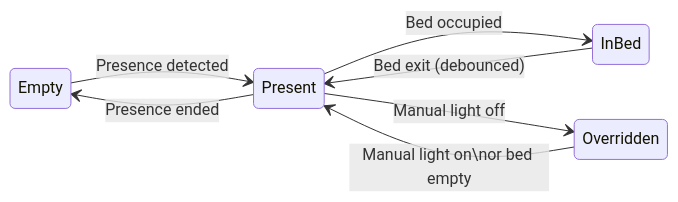
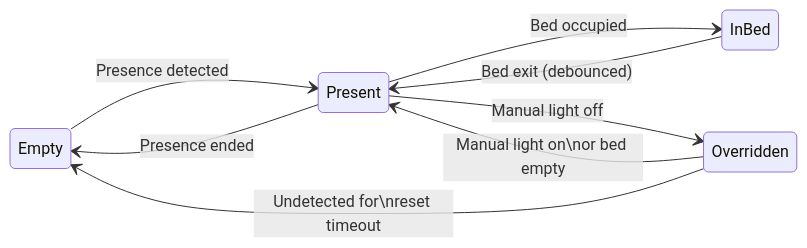
Before and after one commit to MarcedForLife/roommate: the first of 2 diagrams in README.md, drawn with Mermaid. The commit also changed other lines of this file and 6 other files, not shown here.

````diff
--- a/README.md
+++ b/README.md
@@ -32,13 +32,14 @@
 ```mermaid
 stateDiagram-v2
     direction LR
 
     Empty --> Present: Presence detected
     Present --> Empty: Presence ended
 
     Present --> InBed: Bed occupied
     InBed --> Present: Bed exit (debounced)
 
     Present --> Overridden: Manual light off
     Overridden --> Present: Manual light on\nor bed empty
+    Overridden --> Empty: Undetected for\nreset timeout
 ```
````
